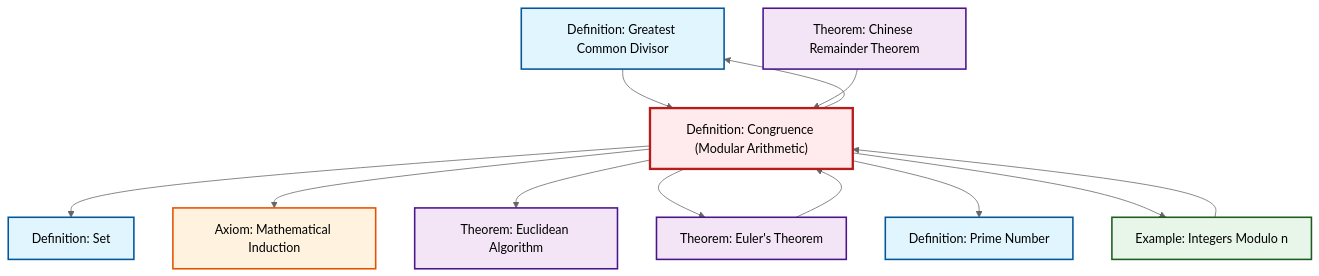
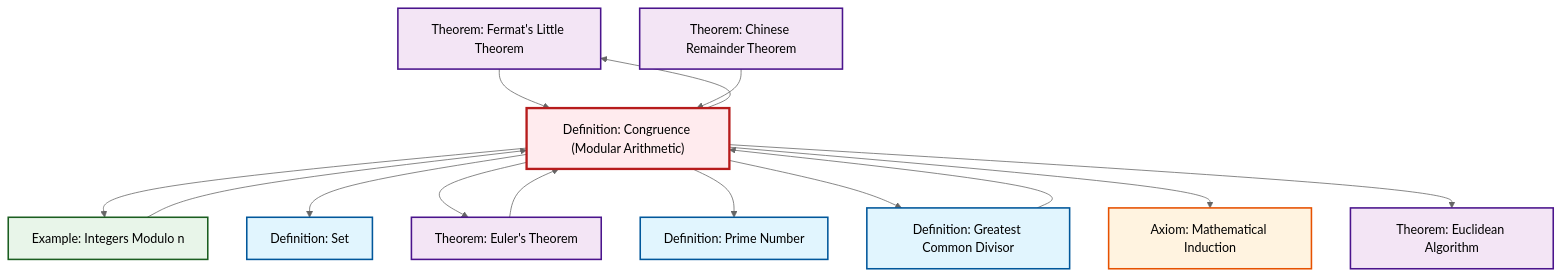
The diagram in content/ja/number-theory/def-congruence.qmd (RK0429/ModernMath), drawn with Mermaid (neutral theme) before and after one commit. The commit also changed 360 other files, not shown here.

````diff
--- a/content/ja/number-theory/def-congruence.qmd
+++ b/content/ja/number-theory/def-congruence.qmd
@@ -123,38 +123,42 @@
 ```{mermaid}
 %%| fig-cap: "Local dependency graph"
 graph TD
     classDef definition fill:#e1f5fe,stroke:#01579b,stroke-width:2px
     classDef theorem fill:#f3e5f5,stroke:#4a148c,stroke-width:2px
     classDef axiom fill:#fff3e0,stroke:#e65100,stroke-width:2px
     classDef example fill:#e8f5e9,stroke:#1b5e20,stroke-width:2px
     classDef current fill:#ffebee,stroke:#b71c1c,stroke-width:3px
+    thm-fermat-little["Theorem: Fermat's Little Theorem"]:::theorem
+    thm-euler["Theorem: Euler's Theorem"]:::theorem
+    thm-chinese-remainder["Theorem: Chinese Remainder Theorem"]:::theorem
+    ex-quotient-integers-mod-n["Example: Integers Modulo n"]:::example
+    def-congruence["Definition: Congruence (Modular Arithmetic)"]:::definition
+    def-prime["Definition: Prime Number"]:::definition
+    def-set["Definition: Set"]:::definition
+    thm-euclidean-algorithm["Theorem: Euclidean Algorithm"]:::theorem
     def-gcd["Definition: Greatest Common Divisor"]:::definition
-    thm-euler["Theorem: Euler's Theorem"]:::theorem
-    thm-euclidean-algorithm["Theorem: Euclidean Algorithm"]:::theorem
-    def-prime["Definition: Prime Number"]:::definition
-    thm-chinese-remainder["Theorem: Chinese Remainder Theorem"]:::theorem
     ax-induction["Axiom: Mathematical Induction"]:::axiom
-    def-set["Definition: Set"]:::definition
-    def-congruence["Definition: Congruence (Modular Arithmetic)"]:::definition
-    ex-quotient-integers-mod-n["Example: Integers Modulo n"]:::example
+    def-congruence --> ex-quotient-integers-mod-n
+    def-congruence --> thm-fermat-little
     def-congruence --> def-set
+    thm-euler --> def-congruence
+    def-congruence --> thm-euler
+    ex-quotient-integers-mod-n --> def-congruence
+    def-congruence --> def-prime
+    thm-fermat-little --> def-congruence
+    def-congruence --> def-gcd
+    def-congruence --> ax-induction
     def-gcd --> def-congruence
-    def-congruence --> ax-induction
-    thm-euler --> def-congruence
     def-congruence --> thm-euclidean-algorithm
-    ex-quotient-integers-mod-n --> def-congruence
-    def-congruence --> thm-euler
-    def-congruence --> def-prime
     thm-chinese-remainder --> def-congruence
-    def-congruence --> ex-quotient-integers-mod-n
-    def-congruence --> def-gcd
     class def-congruence current
+    click thm-fermat-little "thm-fermat-little.html" "Theorem: Fermat's Little Theoremへ"
+    click thm-euler "thm-euler.html" "Theorem: Euler's Theoremへ"
+    click thm-chinese-remainder "thm-chinese-remainder.html" "Theorem: Chinese Remainder Theoremへ"
+    click ex-quotient-integers-mod-n "ex-quotient-integers-mod-n.html" "Example: Integers Modulo nへ"
+    click def-prime "def-prime.html" "Definition: Prime Numberへ"
+    click def-set "def-set.html" "Definition: Setへ"
+    click thm-euclidean-algorithm "thm-euclidean-algorithm.html" "Theorem: Euclidean Algorithmへ"
     click def-gcd "def-gcd.html" "Definition: Greatest Common Divisorへ"
-    click thm-euler "thm-euler.html" "Theorem: Euler's Theoremへ"
-    click thm-euclidean-algorithm "thm-euclidean-algorithm.html" "Theorem: Euclidean Algorithmへ"
-    click def-prime "def-prime.html" "Definition: Prime Numberへ"
-    click thm-chinese-remainder "thm-chinese-remainder.html" "Theorem: Chinese Remainder Theoremへ"
     click ax-induction "ax-induction.html" "Axiom: Mathematical Inductionへ"
-    click def-set "def-set.html" "Definition: Setへ"
-    click ex-quotient-integers-mod-n "ex-quotient-integers-mod-n.html" "Example: Integers Modulo nへ"
 ```
````
